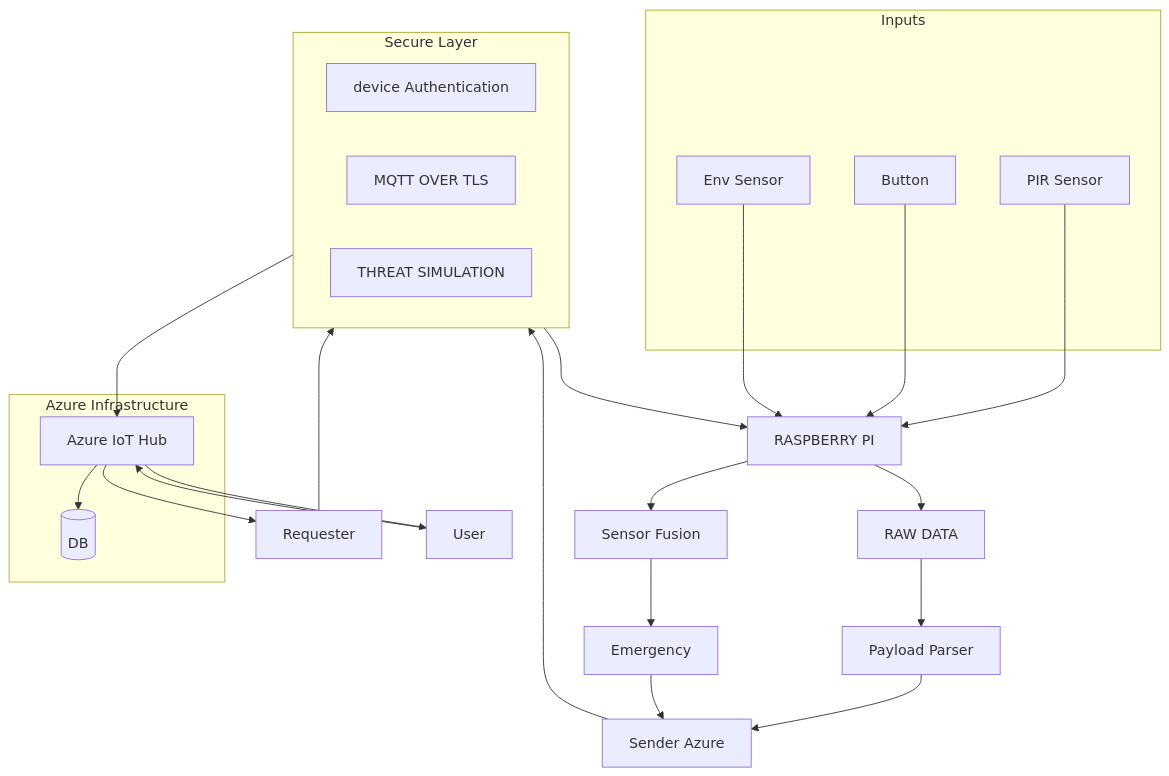
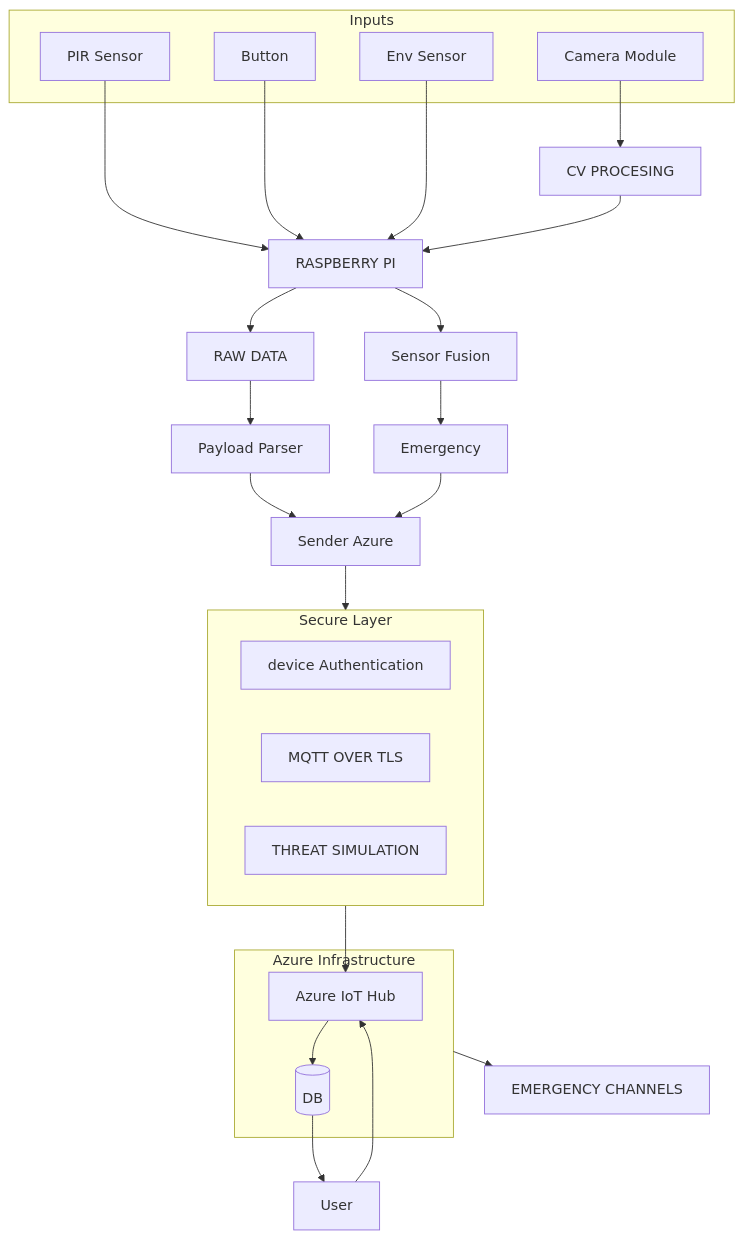
The diagram in componenet_Diagram.mmd (Mohyeldean11/Assistive_IOT_PROJ), drawn with Mermaid before and after one commit. The commit also changed 1 other file, not shown here.

```diff
--- a/componenet_Diagram.mmd
+++ b/componenet_Diagram.mmd
@@ -1,54 +1,58 @@
 graph TD
     %% Sensors
     subgraph Input_Layer [Inputs]
         PIR[PIR Sensor]
         BTN[Button]
         ENV[Env Sensor]
+        CAM[Camera Module]
+        
     end
 
+
+    CV[CV PROCESING]
+    
     %% Sensors
     subgraph SECURE [Secure Layer]
         AUTH[device Authentication]
         MQTT[MQTT OVER TLS]
         THREAT[THREAT  SIMULATION]
     end
 
     %% Logic
     RP[RASPBERRY PI]
     EMG[Emergency]
     SF[Sensor Fusion]
     PP[Payload Parser]
     SA[Sender Azure]
-    REQ[Requester]
     RAW[RAW DATA]
 
     %% Cloud
     subgraph Azure_Cloud [Azure Infrastructure]
         HUB[Azure IoT Hub]
         DB[(DB)]
     end
 
     USER[User]
 
     %% Connections
     PIR --> RP
     BTN --> RP
     ENV --> RP
-
+    CAM--> CV
+    CV--> RP
     RP --> SF
     RP --> RAW
     RAW--> PP
     
     SF --> EMG
     PP --> SA
     EMG --> SA
     
     SA --> SECURE
     SECURE --> HUB
 
     HUB --> DB
-    HUB --> USER
+    DB --> USER
     USER --> HUB
-    HUB --> REQ
-    REQ --> SECURE
-    SECURE --> RP
+    EM[EMERGENCY CHANNELS]
+    Azure_Cloud -->EM
```
